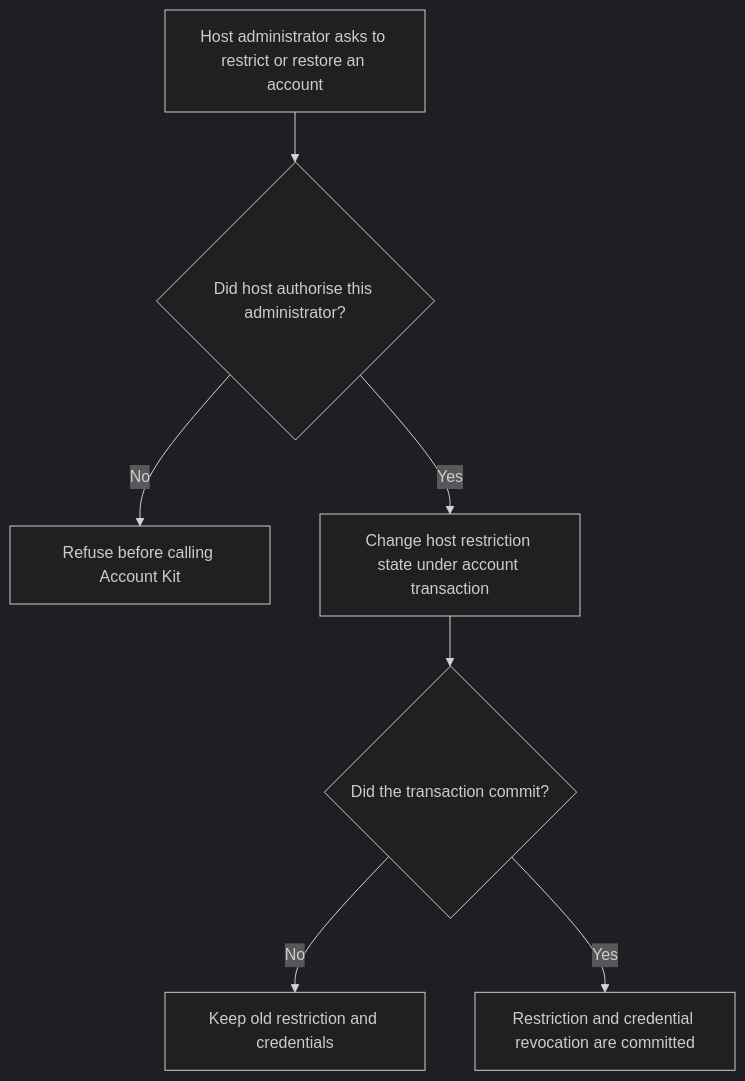
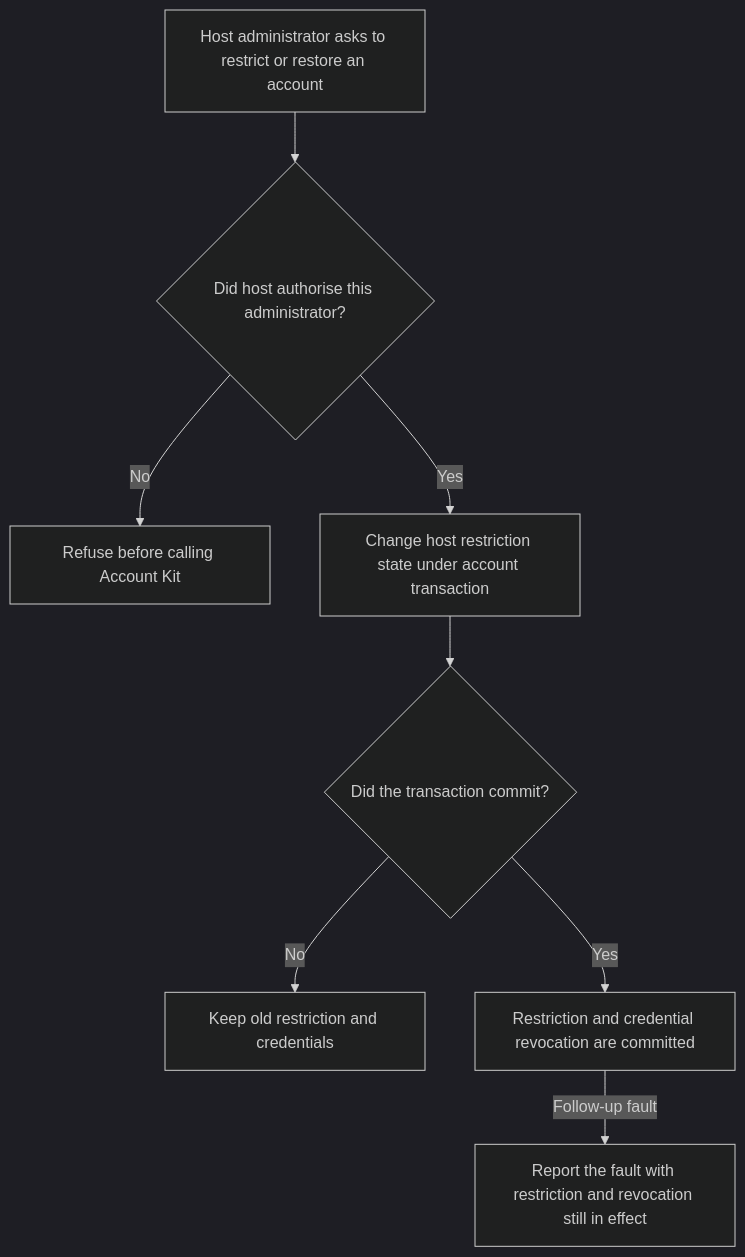
The first of 2 diagrams in user-stories/US-ACCOUNT-43-change-account-restriction.md (Kevinjohn/oss-adonisjs-account-kit), drawn with Mermaid (dark theme) before and after one commit. The commit also changed other lines of this file and 70 other files, not shown here.

````diff
--- a/user-stories/US-ACCOUNT-43-change-account-restriction.md
+++ b/user-stories/US-ACCOUNT-43-change-account-restriction.md
@@ -20,9 +20,10 @@
 ```mermaid
 flowchart TD
  A["Host administrator asks to restrict or restore an account"] --> B{"Did host authorise this administrator?"}
  B -->|No| C["Refuse before calling Account Kit"]
  B -->|Yes| D["Change host restriction state under account transaction"]
  D --> E{"Did the transaction commit?"}
  E -->|No| F["Keep old restriction and credentials"]
  E -->|Yes| G["Restriction and credential revocation are committed"]
+ G -->|Follow-up fault| H["Report the fault with restriction and revocation still in effect"]
 ```
````
